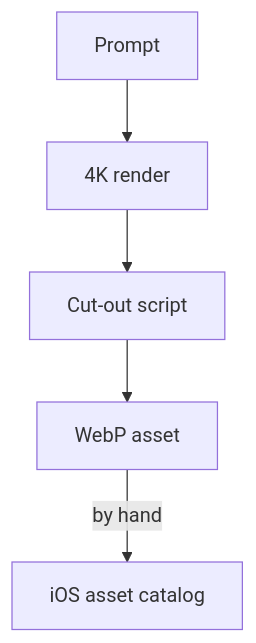
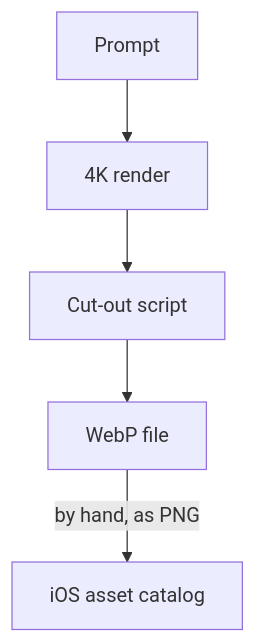
The diagram in my-money-recap/README.md (ravialdyh/my-money-recap-monorepo), drawn with Mermaid before and after one commit. The commit also changed other lines of this file and 28 other files, not shown here.

````diff
--- a/my-money-recap/README.md
+++ b/my-money-recap/README.md
@@ -9,12 +10,12 @@
 ```mermaid
 flowchart TD
     prompt["Prompt"]
     render["4K render"]
     script["Cut-out script"]
-    webp["WebP asset"]
+    webp["WebP file"]
     app["iOS asset catalog"]
     prompt --> render
     render --> script
     script --> webp
-    webp -- "by hand" --> app
+    webp -- "by hand, as PNG" --> app
 ```
````
